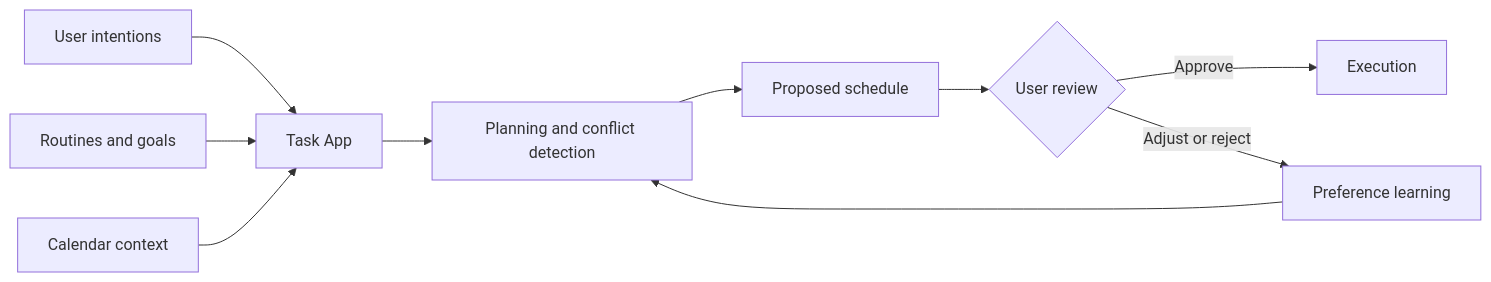
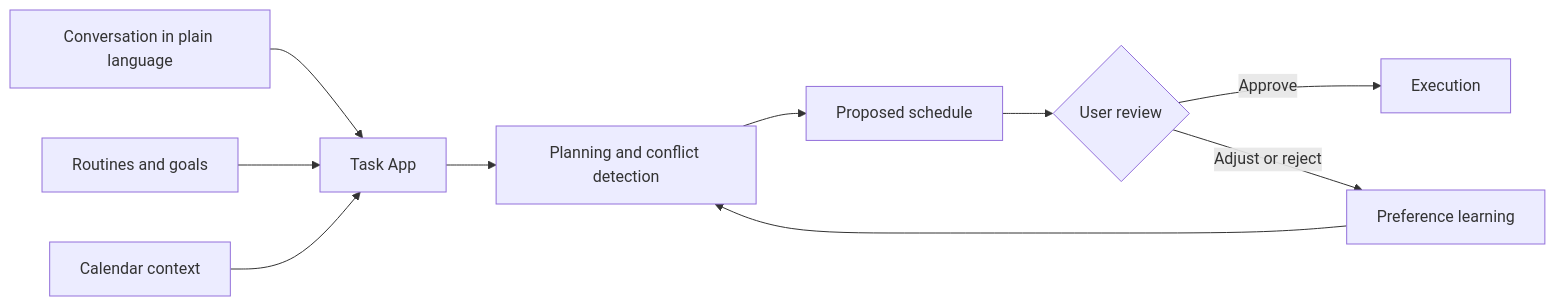
The diagram in README.md (stryker236/task-app-overview), drawn with Mermaid before and after one commit. The commit also changed other lines of this file, not shown here.

````diff
--- a/README.md
+++ b/README.md
@@ -17,12 +18,12 @@
 ```mermaid
 flowchart LR
-    U[User intentions] --> A[Task App]
+    U[Conversation in plain language] --> A[Task App]
     R[Routines and goals] --> A
     C[Calendar context] --> A
     A --> P[Planning and conflict detection]
     P --> S[Proposed schedule]
     S --> F{User review}
     F -->|Approve| E[Execution]
     F -->|Adjust or reject| L[Preference learning]
     L --> P
 ```
````
